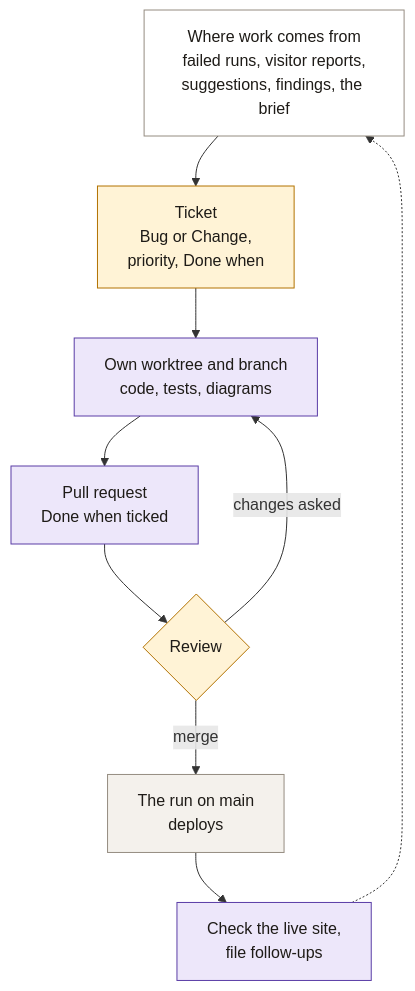
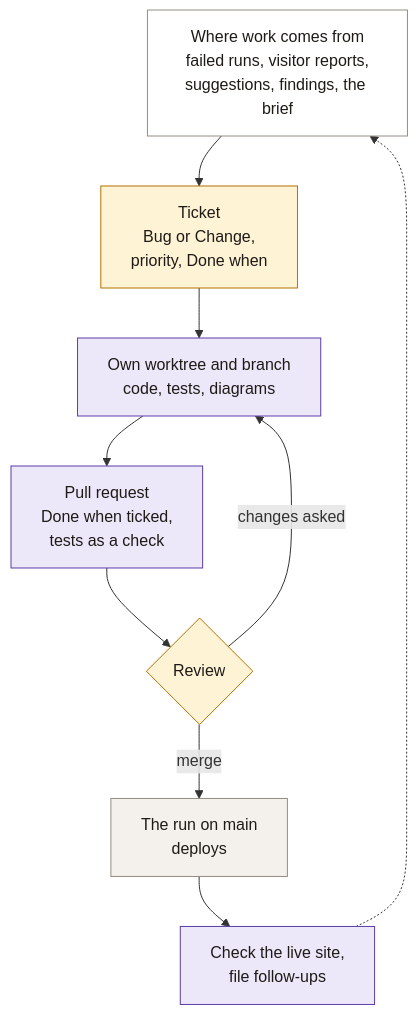
One commit to taneta/jcmaps changed the diagram in docs/routine.md. Above: the diagram before and after it, drawn with Mermaid. The commit also changed other lines of this file, not shown here.

Commit message:
The routine's diagram shows the tests as a check on the pull request

````diff
--- a/docs/routine.md
+++ b/docs/routine.md
@@ -24,18 +24,18 @@
 ```mermaid
 flowchart TD
     %% Mirrors the ticket and pull request rules in AGENTS.md. Update it when the process changes.
     intake["Where work comes from<br/>failed runs, visitor reports,<br/>suggestions, findings, the brief"]
     intake --> ticket["Ticket<br/>Bug or Change,<br/>priority, Done when"]:::owner
     ticket --> work["Own worktree and branch<br/>code, tests, diagrams"]:::agent
-    work --> pr["Pull request<br/>Done when ticked"]:::agent
+    work --> pr["Pull request<br/>Done when ticked,<br/>tests as a check"]:::agent
     pr --> review{"Review"}:::owner
     review -->|changes asked| work
     review -->|merge| deploy["The run on main<br/>deploys"]:::auto
     deploy --> after["Check the live site,<br/>file follow-ups"]:::agent
     after -.-> intake
 
     classDef default fill:#FFFFFF,stroke:#958C81,color:#1E1B17
     classDef auto fill:#F4F1EC,stroke:#958C81,color:#1E1B17
     classDef agent fill:#EDE7FA,stroke:#5A3DA6,color:#1E1B17
     classDef owner fill:#FFF3D6,stroke:#B27200,color:#1E1B17
 ```
````
